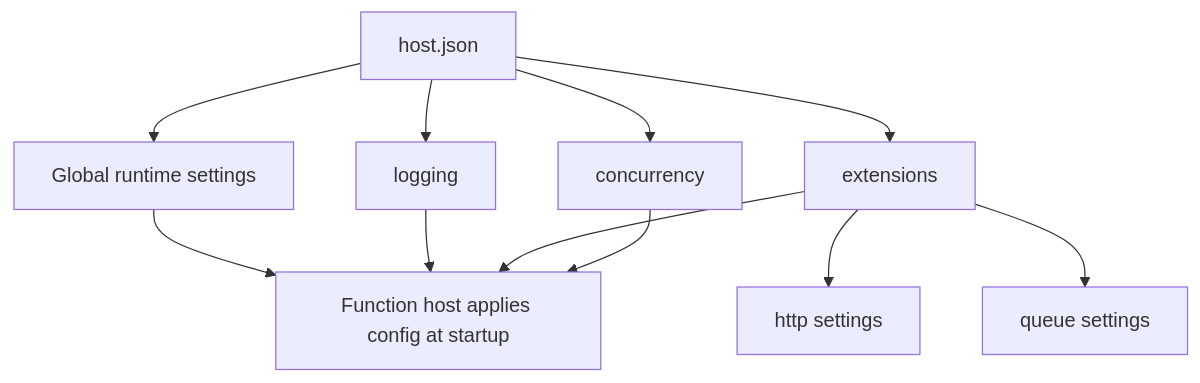
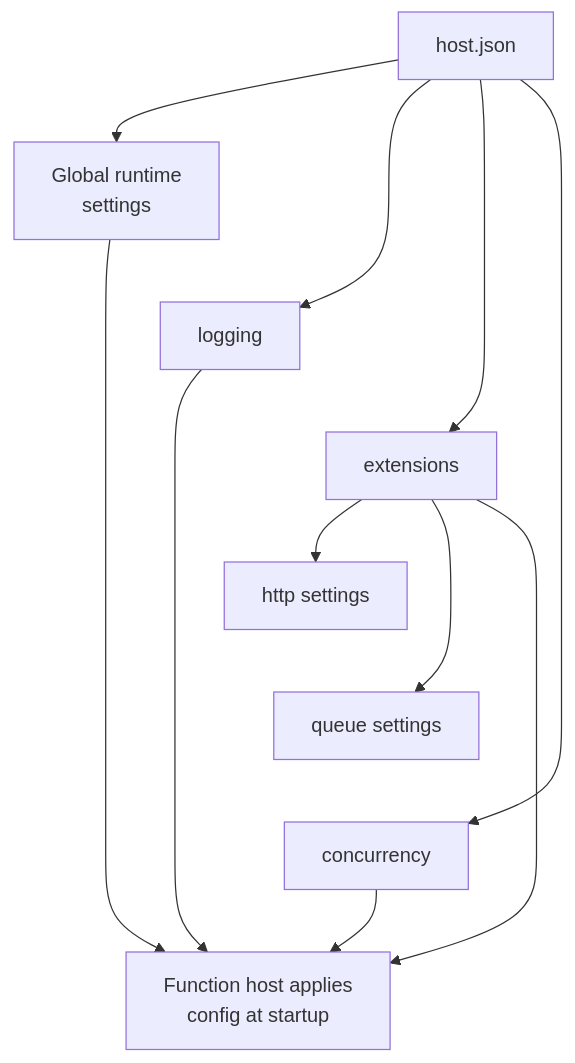
One commit to yeongseon/azure-functions-practical-guide changed the diagram in docs/language-guides/python/host-json.md. Above: the diagram before and after it, drawn with Mermaid. The commit also changed other lines of this file and 4 other files, not shown here.

First line of the commit message:
docs(diagrams): improve Python navigation and reference readability (#532)

````diff
--- a/docs/language-guides/python/host-json.md
+++ b/docs/language-guides/python/host-json.md
@@ -20,13 +20,20 @@
 ```mermaid
 flowchart TD
-    A[host.json] --> B[Global runtime settings]
+    accTitle: host.json reference configuration sections
+    accDescr: Reference map of global runtime, logging, extensions and concurrency settings, with HTTP and queue sections under extensions and host configuration application at startup. Arrows group configuration topics, not a strict precedence order; equivalent AzureFunctionsJobHost application settings can override individual host.json values as documented below.
+    A[host.json] --> B["Global runtime<br/>settings"]
     A --> C[logging]
     A --> D[extensions]
     A --> E[concurrency]
     D --> F[http settings]
     D --> G[queue settings]
-    B --> H[Function host applies config at startup]
+    B --> H["Function host applies<br/>config at startup"]
     C --> H
     D --> H
     E --> H
+    %% Layout-only links tier sections; they add no precedence or configuration relationship.
+    B ~~~ C
+    C ~~~ D
+    F ~~~ G
+    G ~~~ E
 ```
````
